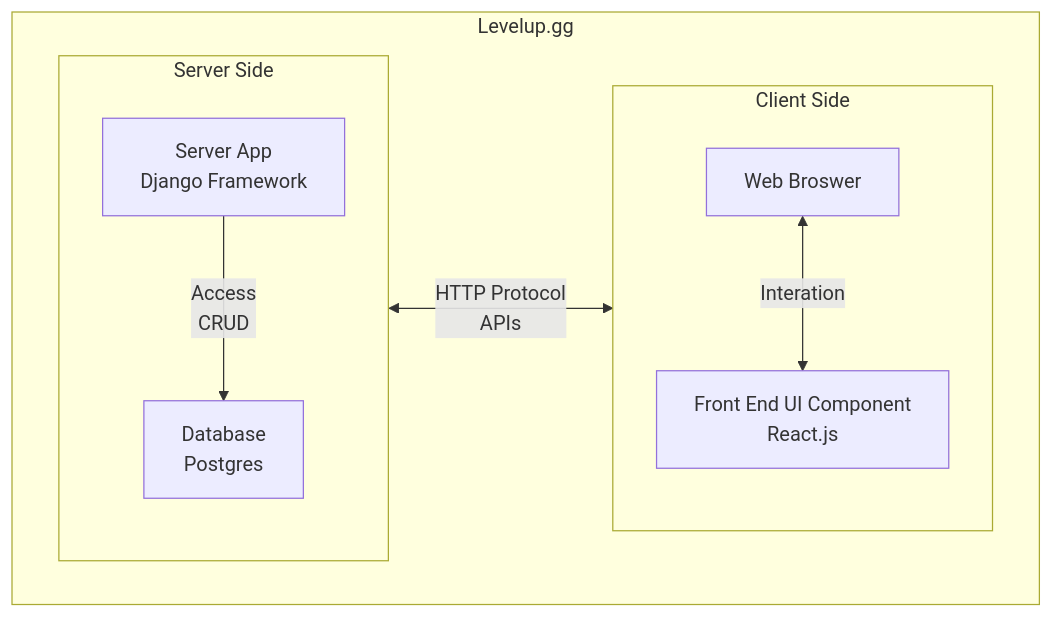
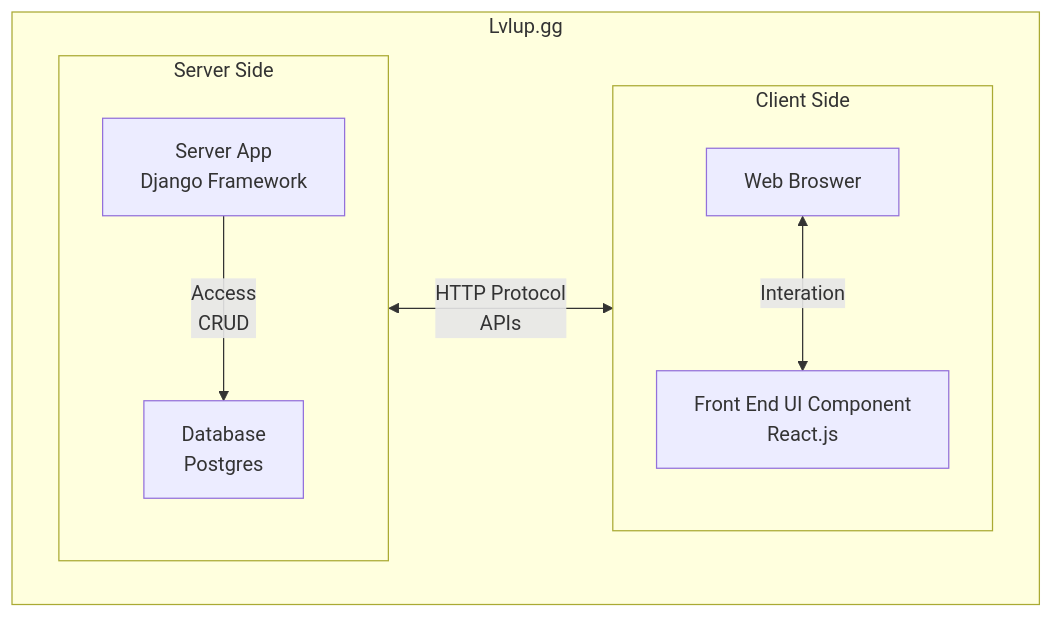
The diagram in README.md (GTZ-STUDIO/LvlUp.gg), drawn with Mermaid before and after one commit. The commit also changed other lines of this file, not shown here.

````diff
--- a/README.md
+++ b/README.md
@@ -53,15 +53,15 @@
 ```mermaid
 flowchart TD
 
 subgraph S["Server Side"]
     SA[Server App\n Django Framework] -->|Access\nCRUD| SD[Database\n Postgres]
 end
 
 subgraph C["Client Side"]
   CA[Web Broswer] <-->|Interation| CB[Front End UI Component\nReact.js]
 end
-subgraph Z["Levelup.gg "]
+subgraph Z["Lvlup.gg "]
 direction LR
 S<-->|HTTP Protocol\nAPIs|C
 end
 ```
````
